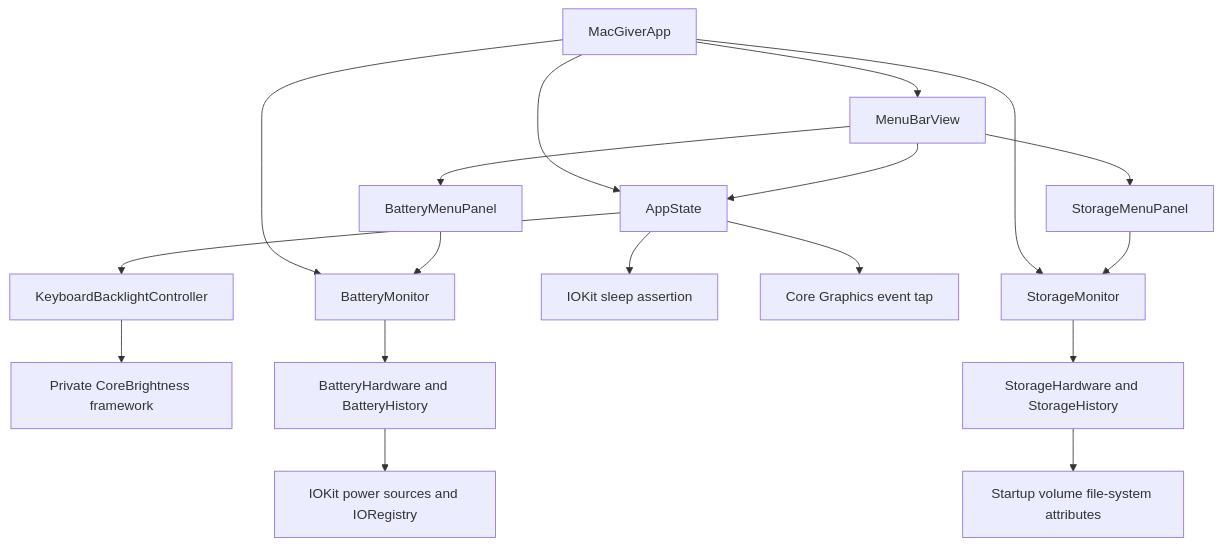
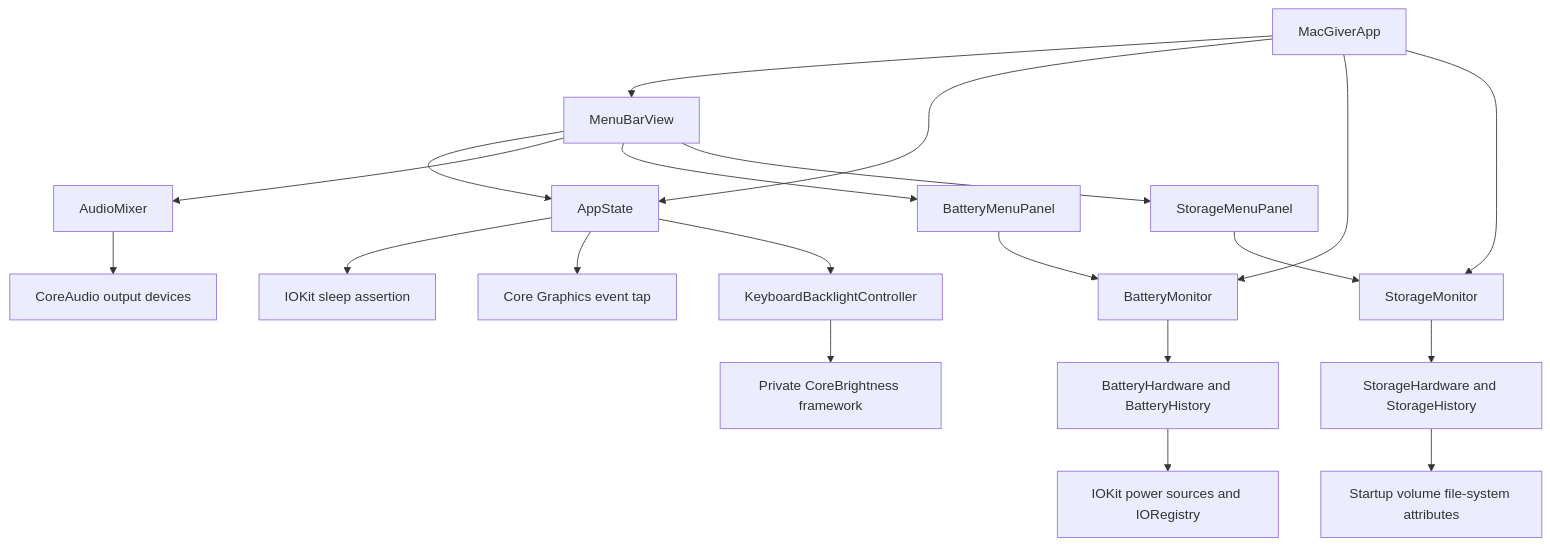
One commit to gabrielmpinha/macgiver changed the diagram in docs/architecture.md. Above: the diagram before and after it, drawn with Mermaid. The commit also changed other lines of this file and 12 other files, not shown here.

First line of the commit message:
feat(volume): add CoreAudio output mixer

````diff
--- a/docs/architecture.md
+++ b/docs/architecture.md
@@ -9,20 +9,22 @@
 ```mermaid
 flowchart TD
     App[MacGiverApp] --> UI[MenuBarView]
     App --> State[AppState]
     App --> Monitor[BatteryMonitor]
     App --> StorageMonitor[StorageMonitor]
     UI --> State
+    UI --> AudioMixer
     UI --> Panel[BatteryMenuPanel]
     UI --> StoragePanel[StorageMenuPanel]
     Panel --> Monitor
     StoragePanel --> StorageMonitor
     State --> Sleep[IOKit sleep assertion]
     State --> Lock[Core Graphics event tap]
     State --> Light[KeyboardBacklightController]
     Light --> CB[Private CoreBrightness framework]
     Monitor --> Mac[BatteryHardware and BatteryHistory]
     StorageMonitor --> Storage[StorageHardware and StorageHistory]
+    AudioMixer --> CoreAudio[CoreAudio output devices]
     Mac --> IOKit[IOKit power sources and IORegistry]
     Storage --> FileSystem[Startup volume file-system attributes]
 ```
````
